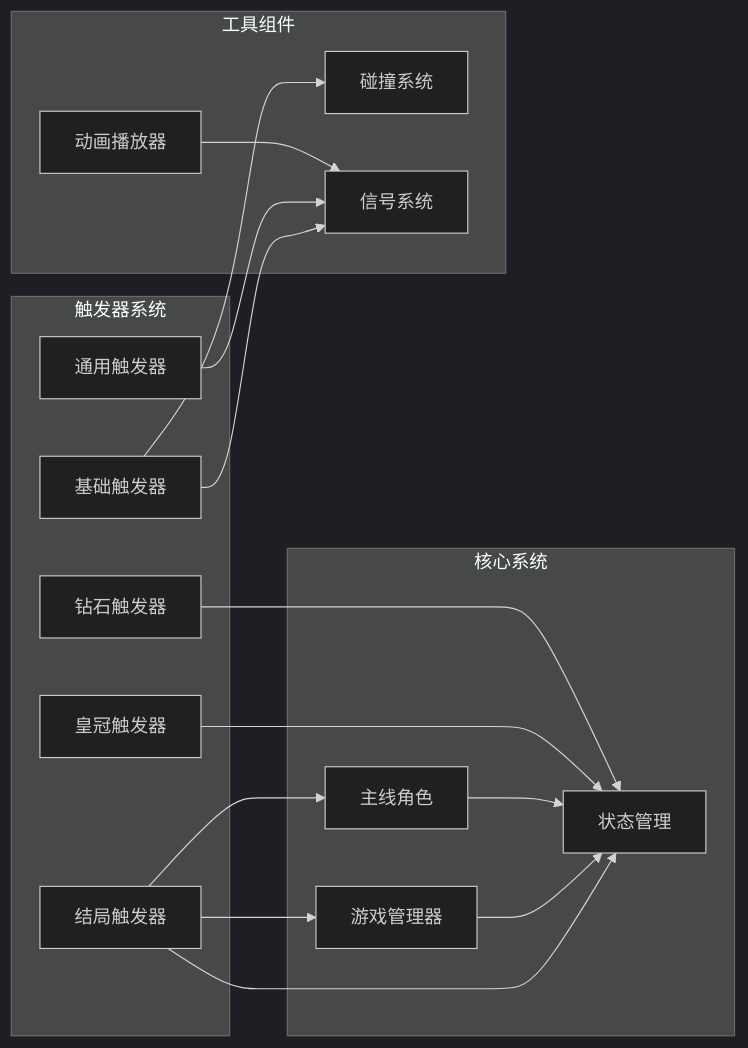
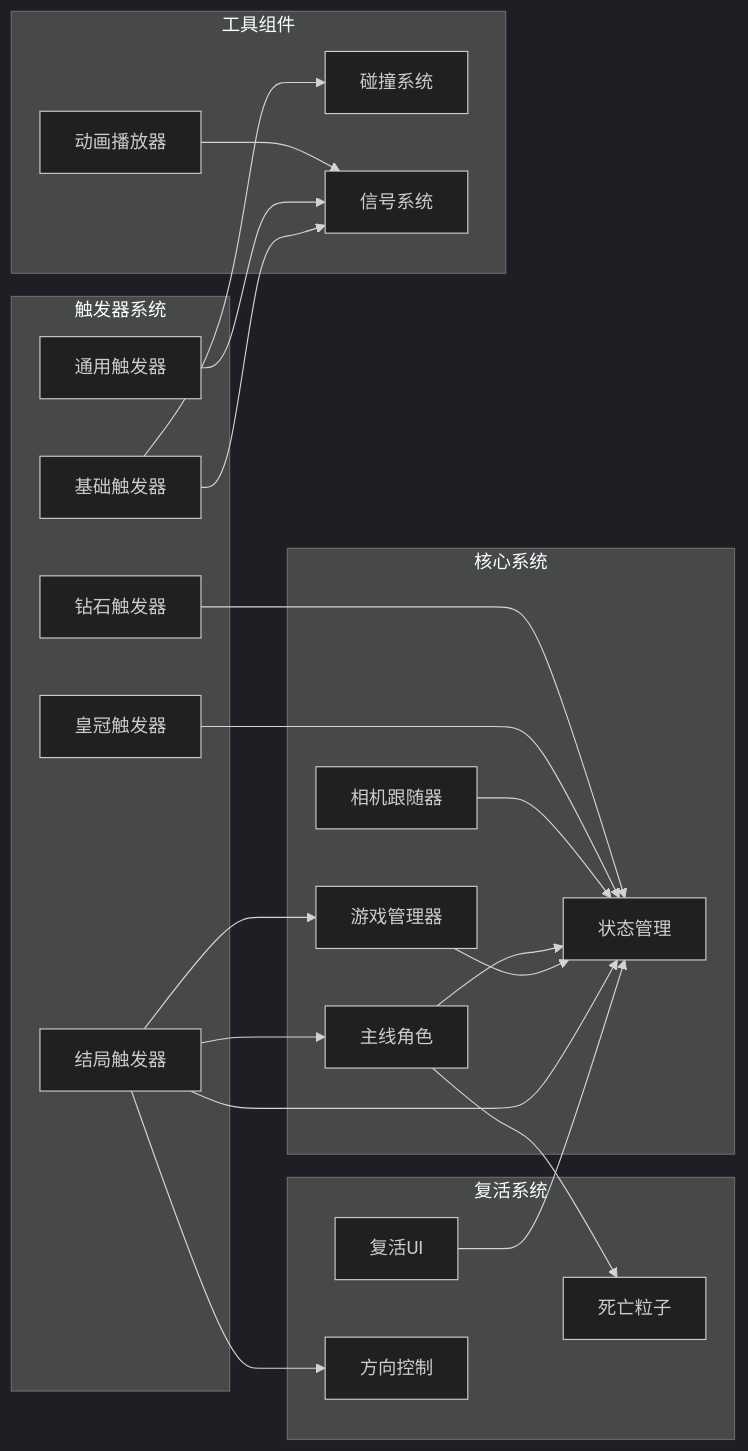
Before and after one commit to godotline/godot-line: the seventh of 7 diagrams in .qoder/repowiki/zh/content/游戏系统/触发器系统/结局触发器.md, drawn with Mermaid (dark theme). The commit also changed other lines of this file and 7 other files, not shown here.

````diff
--- a/.qoder/repowiki/zh/content/游戏系统/触发器系统/结局触发器.md
+++ b/.qoder/repowiki/zh/content/游戏系统/触发器系统/结局触发器.md
@@ -304,31 +426,41 @@
 ```mermaid
 graph LR
 subgraph "触发器系统"
 BaseTrigger[基础触发器]
 Ending[结局触发器]
 Trigger[通用触发器]
 Crown[皇冠触发器]
 Diamond[钻石触发器]
 end
 subgraph "核心系统"
 GameManager[游戏管理器]
 State[状态管理]
 MainLine[主线角色]
+CameraFollower[相机跟随器]
+end
+subgraph "复活系统"
+DeathParticle[死亡粒子]
+ReviveUI[复活UI]
+DirectionControl[方向控制]
 end
 subgraph "工具组件"
 AnimationPlayer[动画播放器]
 CollisionSystem[碰撞系统]
 SignalSystem[信号系统]
 end
 BaseTrigger --> SignalSystem
 BaseTrigger --> CollisionSystem
 Ending --> GameManager
 Ending --> State
 Ending --> MainLine
+Ending --> DirectionControl
 GameManager --> State
 MainLine --> State
+MainLine --> DeathParticle
+CameraFollower --> State
+ReviveUI --> State
 Trigger --> SignalSystem
 Crown --> State
 Diamond --> State
 AnimationPlayer --> SignalSystem
 ```
````
